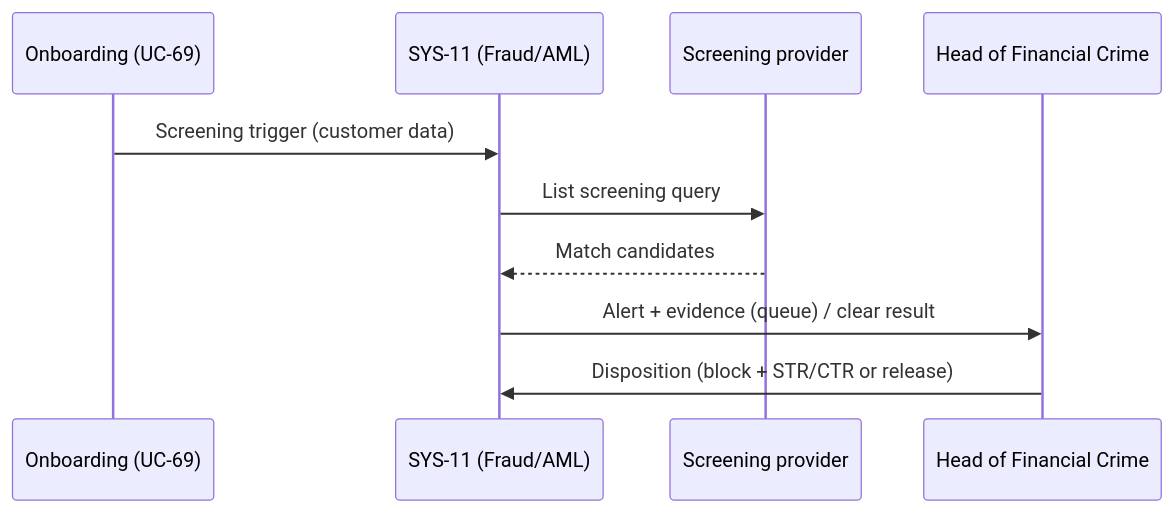
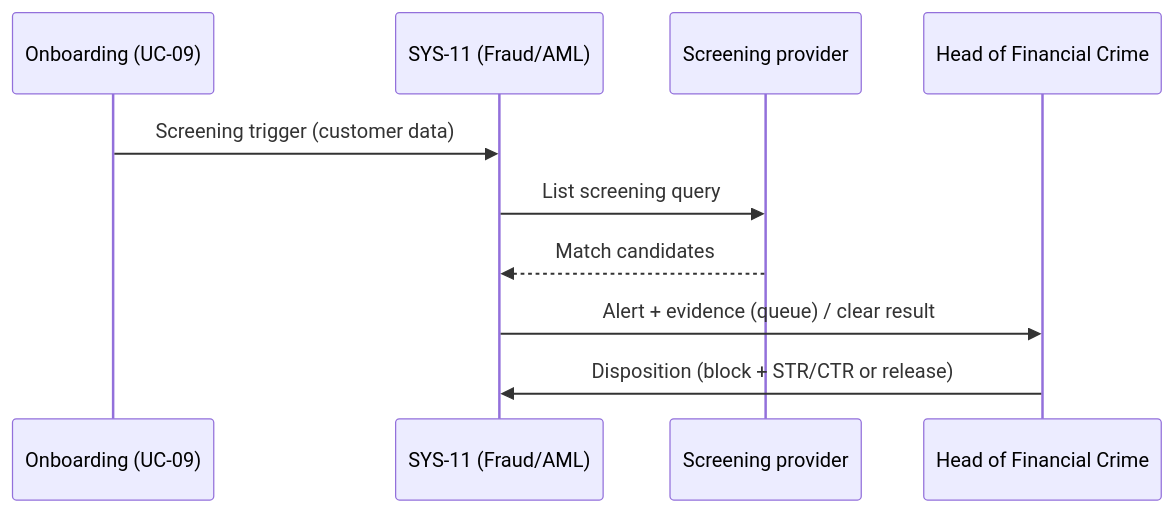
Before and after one commit to pauloribeiro16/Methodology_compact: diagram 12 of 33 in 02_CASES/Case_03_OmniBank_Financial/03_PHASE3_DECOMPOSITION/annexes/B_Sequence_Diagrams.md, drawn with Mermaid. The commit also changed other lines of this file and 23 other files, not shown here.

````diff
--- a/02_CASES/Case_03_OmniBank_Financial/03_PHASE3_DECOMPOSITION/annexes/B_Sequence_Diagrams.md
+++ b/02_CASES/Case_03_OmniBank_Financial/03_PHASE3_DECOMPOSITION/annexes/B_Sequence_Diagrams.md
@@ -192,12 +194,12 @@
 ```mermaid
 sequenceDiagram
-    participant OB as Onboarding (UC-69)
+    participant OB as Onboarding (UC-09)
     participant F as SYS-11 (Fraud/AML)
     participant P as Screening provider
     participant FC as Head of Financial Crime
     OB->>F: Screening trigger (customer data)
     F->>P: List screening query
     P-->>F: Match candidates
     F->>FC: Alert + evidence (queue) / clear result
     FC->>F: Disposition (block + STR/CTR or release)
 ```
````
